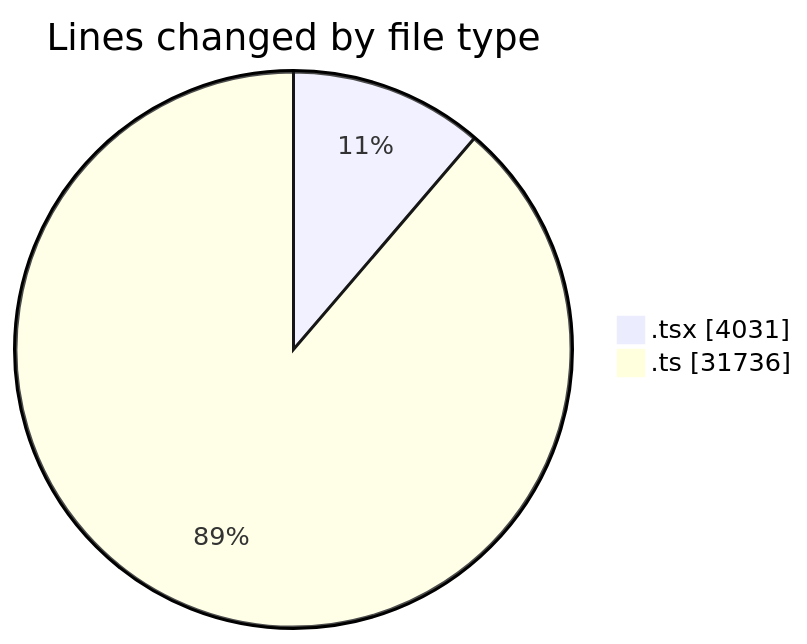
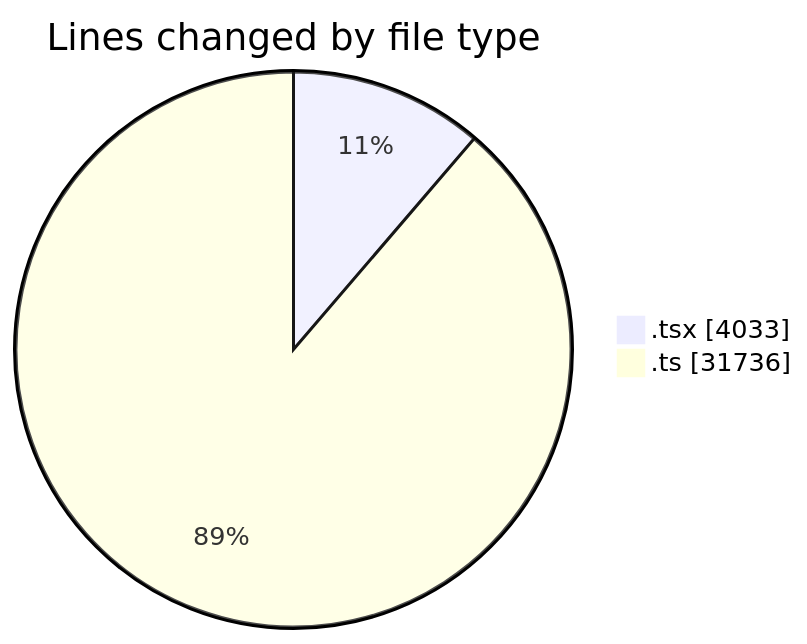
Before and after one commit to momahboobian/code-tracking: the first of 2 diagrams in 2025-07-07/cda/README.md, drawn with Mermaid. The commit also changed other lines of this file and 1 other file, not shown here.

````diff
--- a/2025-07-07/cda/README.md
+++ b/2025-07-07/cda/README.md
@@ -28,6 +28,6 @@
 ```mermaid
 pie showData
 title Lines changed by file type
-".tsx" : 4031
+".tsx" : 4033
 ".ts" : 31736
 ```
````
